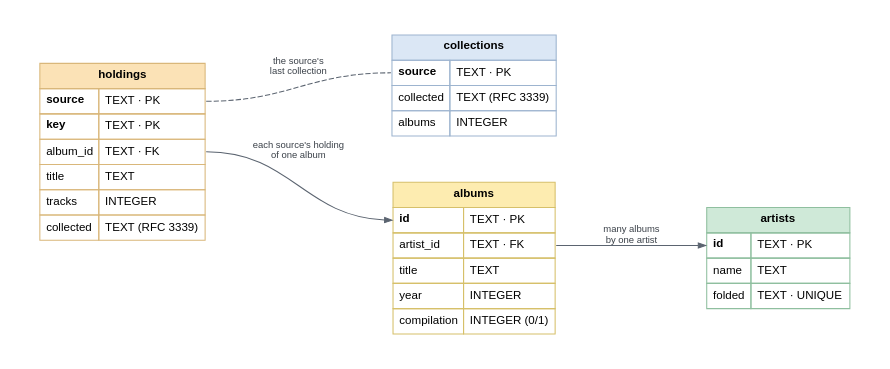
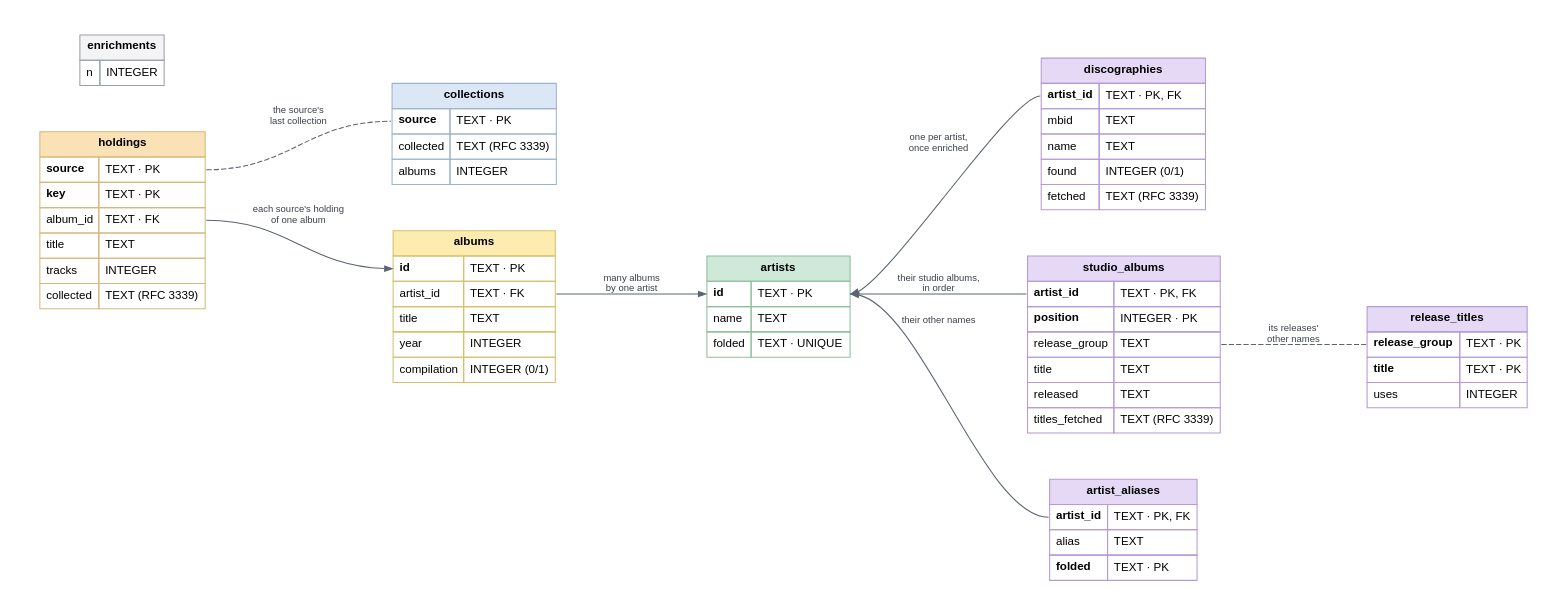
One commit to cdeever/eds-inventory changed the diagram in docs/content/docs/reference/schema/schema.dot. Above: the diagram before and after it, drawn with Graphviz. The commit also changed 24 other files, not shown here.

First line of the commit message:
Discographies, enriched once from MusicBrainz in the background (ADR-0004)

```diff
--- a/docs/content/docs/reference/schema/schema.dot
+++ b/docs/content/docs/reference/schema/schema.dot
@@ -1,51 +1,99 @@
-// The inventory's database, as internal/store creates it (schema version 1).
+// The inventory's database, as internal/store creates it (schema version 2).
 // Drawn by GraphViz: `make -C docs diagrams` writes schema.svg beside this
 // file, and both are committed. Change this with the schema in
 // internal/store/store.go and the data dictionary beside it.
 digraph schema {
     graph [rankdir=LR, bgcolor="white", pad=0.3, nodesep=0.5, ranksep=1.0,
            fontname="Helvetica,Arial,sans-serif"];
     node  [shape=plaintext, fontname="Helvetica,Arial,sans-serif", fontsize=11];
     edge  [color="#5b6470", arrowsize=0.7, fontname="Helvetica,Arial,sans-serif", fontsize=9, fontcolor="#3a4048"];
 
     artists [label=<
       <table border="0" cellborder="1" cellspacing="0" cellpadding="5" color="#8fbf9f">
         <tr><td bgcolor="#cfe9d8" colspan="2"><b>artists</b></td></tr>
-        <tr><td port="id" align="left"><b>id</b></td><td align="left">TEXT · PK</td></tr>
+        <tr><td port="id" align="left"><b>id</b></td><td port="idr" align="left">TEXT · PK</td></tr>
         <tr><td align="left">name</td><td align="left">TEXT</td></tr>
         <tr><td align="left">folded</td><td align="left">TEXT · UNIQUE</td></tr>
       </table>>];
 
     albums [label=<
       <table border="0" cellborder="1" cellspacing="0" cellpadding="5" color="#d6c06a">
         <tr><td bgcolor="#fdecb0" colspan="2"><b>albums</b></td></tr>
         <tr><td port="id" align="left"><b>id</b></td><td align="left">TEXT · PK</td></tr>
         <tr><td align="left">artist_id</td><td port="artist_id" align="left">TEXT · FK</td></tr>
         <tr><td align="left">title</td><td align="left">TEXT</td></tr>
         <tr><td align="left">year</td><td align="left">INTEGER</td></tr>
         <tr><td align="left">compilation</td><td align="left">INTEGER (0/1)</td></tr>
       </table>>];
 
     holdings [label=<
       <table border="0" cellborder="1" cellspacing="0" cellpadding="5" color="#d9b77a">
         <tr><td bgcolor="#fbe2b6" colspan="2"><b>holdings</b></td></tr>
         <tr><td align="left"><b>source</b></td><td port="source" align="left">TEXT · PK</td></tr>
         <tr><td align="left"><b>key</b></td><td align="left">TEXT · PK</td></tr>
         <tr><td align="left">album_id</td><td port="album_id" align="left">TEXT · FK</td></tr>
         <tr><td align="left">title</td><td align="left">TEXT</td></tr>
         <tr><td align="left">tracks</td><td align="left">INTEGER</td></tr>
         <tr><td align="left">collected</td><td align="left">TEXT (RFC 3339)</td></tr>
       </table>>];
 
     collections [label=<
       <table border="0" cellborder="1" cellspacing="0" cellpadding="5" color="#9db4cf">
         <tr><td bgcolor="#dbe7f5" colspan="2"><b>collections</b></td></tr>
         <tr><td port="source" align="left"><b>source</b></td><td align="left">TEXT · PK</td></tr>
         <tr><td align="left">collected</td><td align="left">TEXT (RFC 3339)</td></tr>
         <tr><td align="left">albums</td><td align="left">INTEGER</td></tr>
       </table>>];
 
+    discographies [label=<
+      <table border="0" cellborder="1" cellspacing="0" cellpadding="5" color="#b49ad6">
+        <tr><td bgcolor="#e6d9f5" colspan="2"><b>discographies</b></td></tr>
+        <tr><td port="artist_id" align="left"><b>artist_id</b></td><td align="left">TEXT · PK, FK</td></tr>
+        <tr><td align="left">mbid</td><td align="left">TEXT</td></tr>
+        <tr><td align="left">name</td><td align="left">TEXT</td></tr>
+        <tr><td align="left">found</td><td align="left">INTEGER (0/1)</td></tr>
+        <tr><td align="left">fetched</td><td align="left">TEXT (RFC 3339)</td></tr>
+      </table>>];
+
+    studio_albums [label=<
+      <table border="0" cellborder="1" cellspacing="0" cellpadding="5" color="#b49ad6">
+        <tr><td bgcolor="#e6d9f5" colspan="2"><b>studio_albums</b></td></tr>
+        <tr><td port="artist_id" align="left"><b>artist_id</b></td><td align="left">TEXT · PK, FK</td></tr>
+        <tr><td align="left"><b>position</b></td><td align="left">INTEGER · PK</td></tr>
+        <tr><td align="left">release_group</td><td port="release_group" align="left">TEXT</td></tr>
+        <tr><td align="left">title</td><td align="left">TEXT</td></tr>
+        <tr><td align="left">released</td><td align="left">TEXT</td></tr>
+        <tr><td align="left">titles_fetched</td><td align="left">TEXT (RFC 3339)</td></tr>
+      </table>>];
+
+    release_titles [label=<
+      <table border="0" cellborder="1" cellspacing="0" cellpadding="5" color="#b49ad6">
+        <tr><td bgcolor="#e6d9f5" colspan="2"><b>release_titles</b></td></tr>
+        <tr><td port="release_group" align="left"><b>release_group</b></td><td align="left">TEXT · PK</td></tr>
+        <tr><td align="left"><b>title</b></td><td align="left">TEXT · PK</td></tr>
+        <tr><td align="left">uses</td><td align="left">INTEGER</td></tr>
+      </table>>];
+
+    artist_aliases [label=<
+      <table border="0" cellborder="1" cellspacing="0" cellpadding="5" color="#b49ad6">
+        <tr><td bgcolor="#e6d9f5" colspan="2"><b>artist_aliases</b></td></tr>
+        <tr><td port="artist_id" align="left"><b>artist_id</b></td><td align="left">TEXT · PK, FK</td></tr>
+        <tr><td align="left">alias</td><td align="left">TEXT</td></tr>
+        <tr><td align="left"><b>folded</b></td><td align="left">TEXT · PK</td></tr>
+      </table>>];
+
+    enrichments [label=<
+      <table border="0" cellborder="1" cellspacing="0" cellpadding="5" color="#9aa1aa">
+        <tr><td bgcolor="#f4f4f4" colspan="2"><b>enrichments</b></td></tr>
+        <tr><td align="left">n</td><td align="left">INTEGER</td></tr>
+      </table>>];
+
+    artists:idr:e -> discographies:artist_id:w [dir=back, label="one per artist,\nonce enriched"];
+    artists:idr:e -> studio_albums:artist_id:w [dir=back, label="their studio albums,\nin order"];
+    artists:idr:e -> artist_aliases:artist_id:w [dir=back, label="their other names"];
+    studio_albums:release_group:e -> release_titles:release_group:w [style=dashed, arrowhead=none, label="its releases'\nother names"];
+
     albums:artist_id:e -> artists:id:w [label="many albums\nby one artist"];
     holdings:album_id:e -> albums:id:w [label="each source's holding\nof one album"];
     holdings:source:e -> collections:source:w [style=dashed, arrowhead=none, label="the source's\nlast collection"];
 }
```
